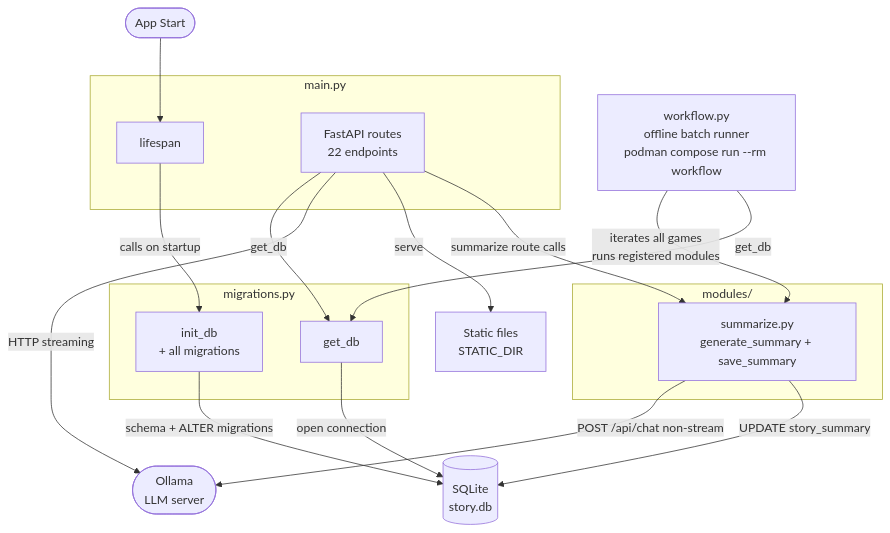
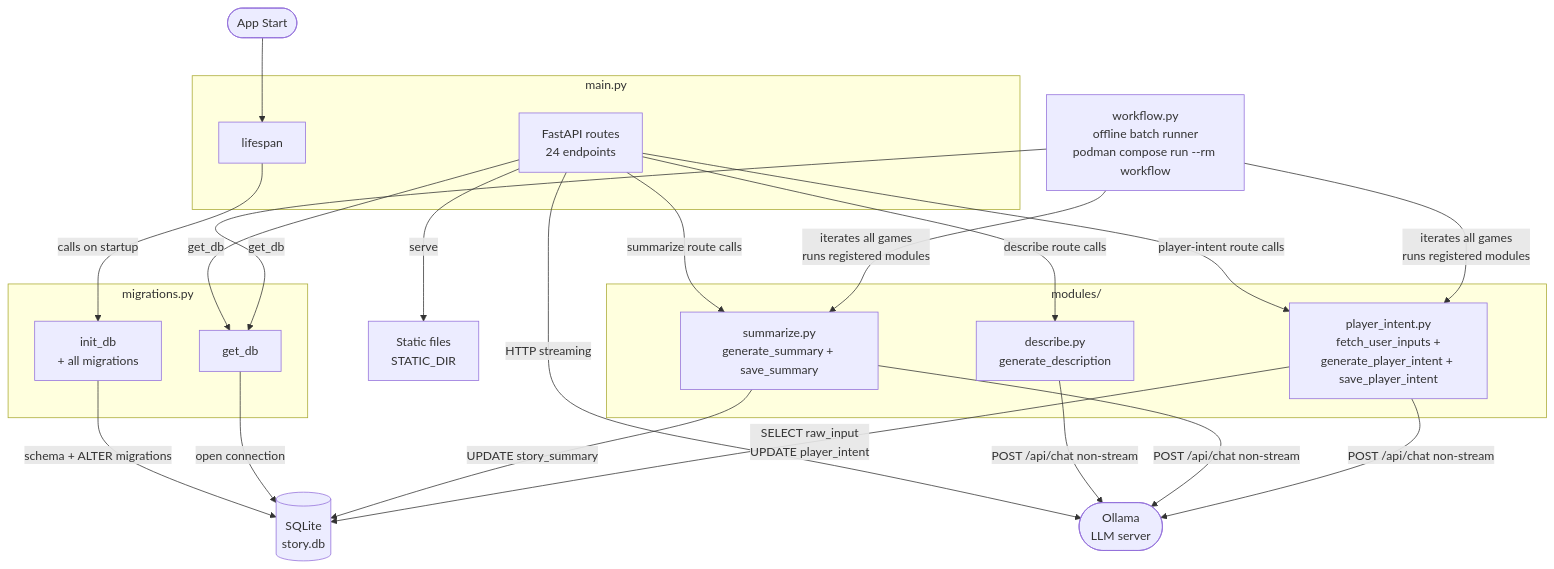
Before and after one commit to vreezy/storytelling: the diagram in flowDiagram.md, drawn with Mermaid. The commit also changed other lines of this file and 16 other files, not shown here.

````diff
--- a/flowDiagram.md
+++ b/flowDiagram.md
@@ -5,40 +5,48 @@
 ```mermaid
 flowchart TD
     START([App Start])
 
     subgraph MIGS["migrations.py"]
         M1[get_db]
         M2[init_db\n+ all migrations]
     end
 
     subgraph MAIN["main.py"]
         MA[lifespan]
-        MB[FastAPI routes\n22 endpoints]
+        MB[FastAPI routes\n24 endpoints]
     end
 
     subgraph MODS["modules/"]
         S1[summarize.py\ngenerate_summary + save_summary]
+        S2[player_intent.py\nfetch_user_inputs +\ngenerate_player_intent + save_player_intent]
+        S3[describe.py\ngenerate_description]
     end
 
     WF[workflow.py\noffline batch runner\npodman compose run --rm workflow]
 
     EXT1[(SQLite\nstory.db)]
     EXT2([Ollama\nLLM server])
     EXT3[Static files\nSTATIC_DIR]
 
     START --> MA
     MA -->|calls on startup| M2
     M2 -->|schema + ALTER migrations| EXT1
     M1 -->|open connection| EXT1
     MB -->|get_db| M1
     MB -->|HTTP streaming| EXT2
     MB -->|serve| EXT3
     MB -->|summarize route calls| S1
+    MB -->|player-intent route calls| S2
+    MB -->|describe route calls| S3
+    S3 -->|POST /api/chat non-stream| EXT2
     WF -->|iterates all games\nruns registered modules| S1
+    WF -->|iterates all games\nruns registered modules| S2
     WF -->|get_db| M1
     S1 -->|POST /api/chat non-stream| EXT2
     S1 -->|UPDATE story_summary| EXT1
+    S2 -->|POST /api/chat non-stream| EXT2
+    S2 -->|SELECT raw_input\nUPDATE player_intent| EXT1
 
     click MIGS "flowDiagram_migrations.md" "Open migrations.py diagram"
     click MAIN "flowDiagram_main.md" "Open main.py diagram"
 ```
````
